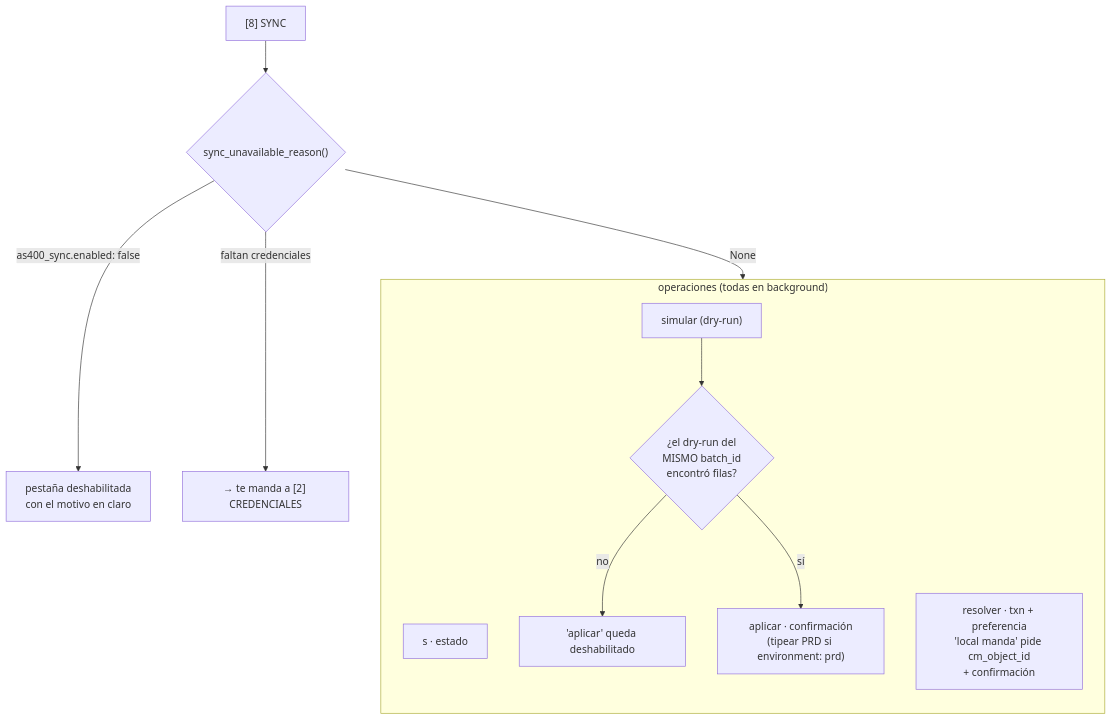
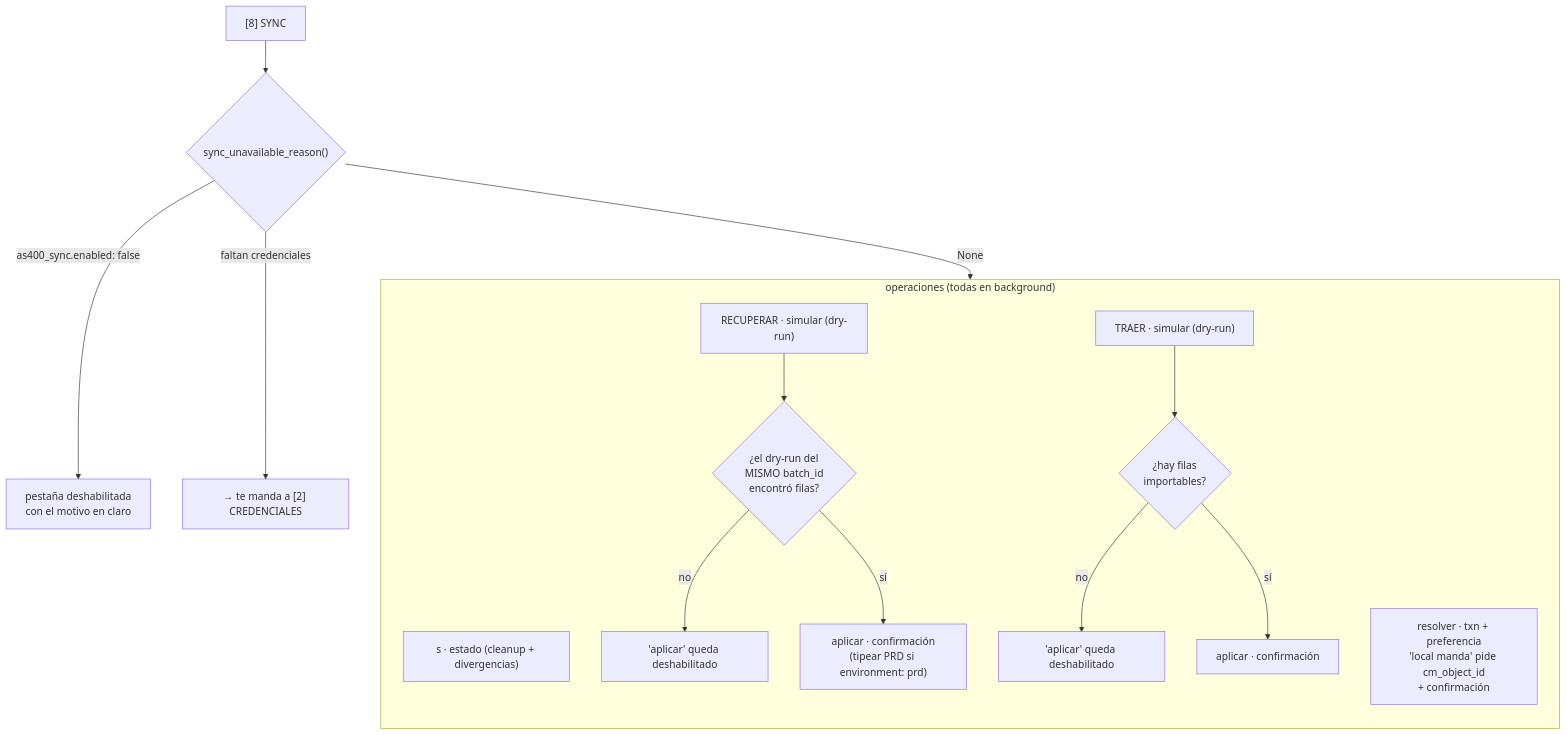
Before and after one commit to bitbreaker01/CMCourier: the sixth of 6 diagrams in docs/diagrams/sync-subsystem.md, drawn with Mermaid. The commit also changed other lines of this file and 29 other files, not shown here.

````diff
--- a/docs/diagrams/sync-subsystem.md
+++ b/docs/diagrams/sync-subsystem.md
@@ -123,16 +160,19 @@
 ```mermaid
 flowchart TD
     T8["[8] SYNC"] --> AVAIL{"sync_unavailable_reason()"}
     AVAIL -->|"as400_sync.enabled: false"| OFF["pestaña deshabilitada<br/>con el motivo en claro"]
     AVAIL -->|"faltan credenciales"| CRED["→ te manda a [2] CREDENCIALES"]
     AVAIL -->|None| OPS
 
     subgraph OPS["operaciones (todas en background)"]
         direction TB
-        O1["s · estado"]
-        O2["simular (dry-run)"] --> GATE{"¿el dry-run del<br/>MISMO batch_id<br/>encontró filas?"}
+        O1["s · estado (cleanup + divergencias)"]
+        O2["RECUPERAR · simular (dry-run)"] --> GATE{"¿el dry-run del<br/>MISMO batch_id<br/>encontró filas?"}
         GATE -->|no| DIS["'aplicar' queda deshabilitado"]
         GATE -->|sí| O3["aplicar · confirmación<br/>(tipear PRD si environment: prd)"]
+        O5["TRAER · simular (dry-run)"] --> GATE2{"¿hay filas<br/>importables?"}
+        GATE2 -->|no| DIS2["'aplicar' queda deshabilitado"]
+        GATE2 -->|sí| O6["aplicar · confirmación"]
         O4["resolver · txn + preferencia<br/>'local manda' pide cm_object_id<br/>+ confirmación"]
     end
 ```
````
